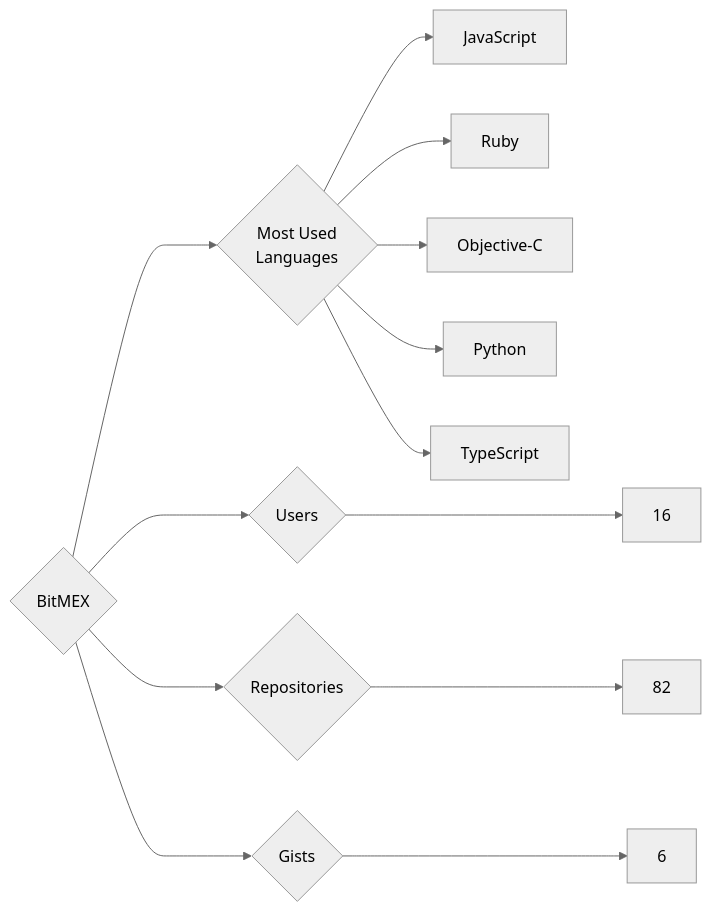
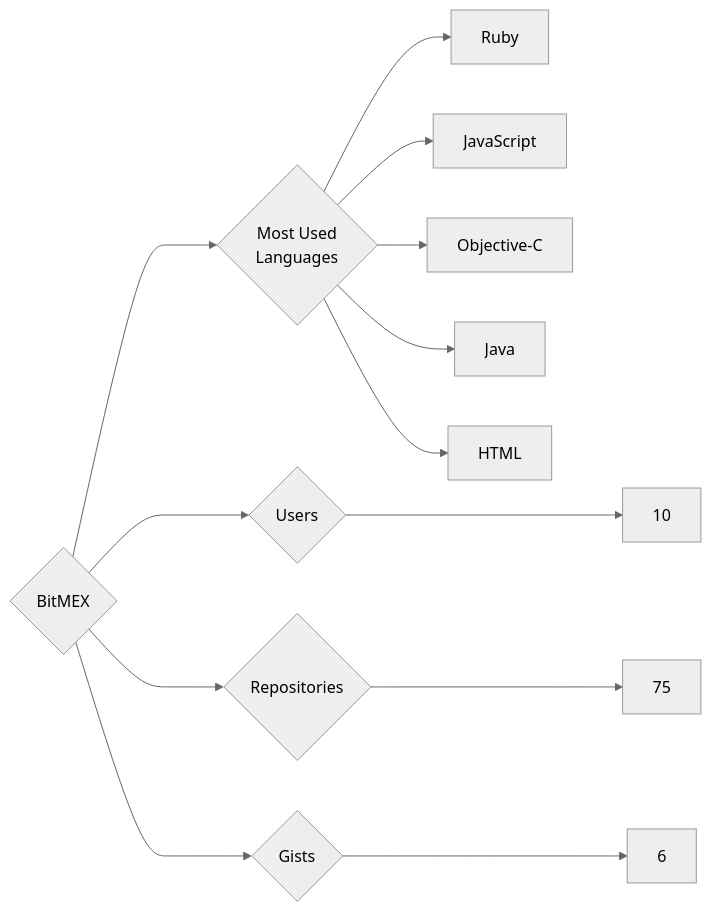
The diagram in targets/BitMEX/README.md (trickest/insiders), drawn with Mermaid (neutral theme) before and after one commit. The commit also changed 984 other files, not shown here.

````diff
--- a/targets/BitMEX/README.md
+++ b/targets/BitMEX/README.md
@@ -3,13 +3,13 @@
 ```mermaid
 graph LR
 COMPANY_NAME{BitMEX}
-COMPANY_NAME ---> U{Users} ---> UN[16]
-COMPANY_NAME ---> R{Repositories} ---> RN[82]
+COMPANY_NAME ---> U{Users} ---> UN[10]
+COMPANY_NAME ---> R{Repositories} ---> RN[75]
 COMPANY_NAME ---> G{Gists} ---> GN[6]
 COMPANY_NAME ---> ML{Most Used<br>Languages}
+ML --> Ruby[Ruby]
 ML --> JavaScript[JavaScript]
-ML --> Ruby[Ruby]
 ML --> Objective-C[Objective-C]
-ML --> Python[Python]
-ML --> TypeScript[TypeScript]
+ML --> Java[Java]
+ML --> HTML[HTML]
 ```
````
